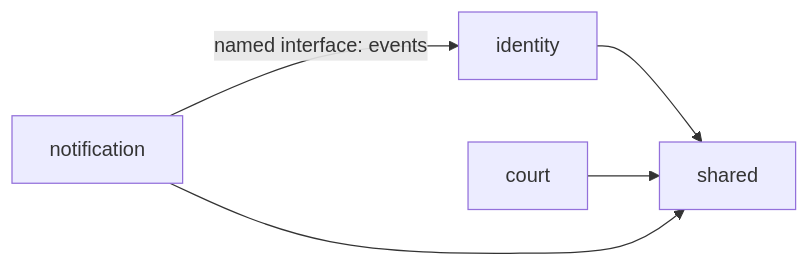
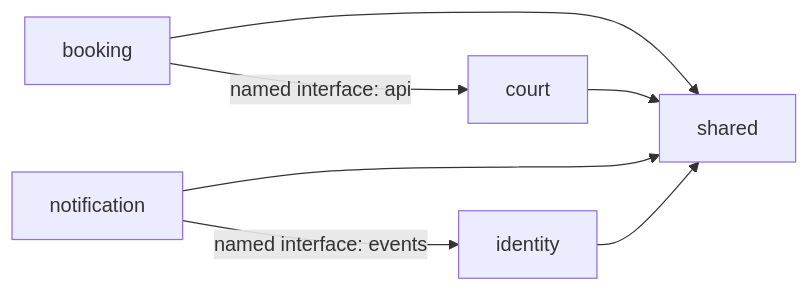
One commit to hcyk268/sports-booking-be changed the diagram in docs/architecture/module-boundaries.md. Above: the diagram before and after it, drawn with Mermaid. The commit also changed other lines of this file and 4 other files, not shown here.

Commit message:
docs: document booking module, API, and architecture boundaries

````diff
--- a/docs/architecture/module-boundaries.md
+++ b/docs/architecture/module-boundaries.md
@@ -25,7 +26,9 @@
 ```mermaid
 flowchart LR
     Identity[identity] --> Shared[shared]
     Court[court] --> Shared
+    Booking[booking] --> Shared
+    Booking -->|named interface: api| Court
     Notification[notification] --> Shared
     Notification -->|named interface: events| Identity
 ```
````
